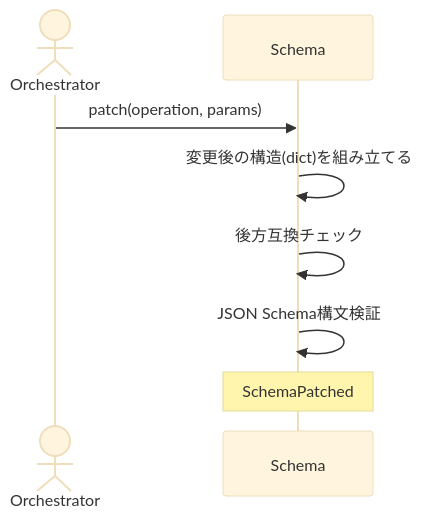
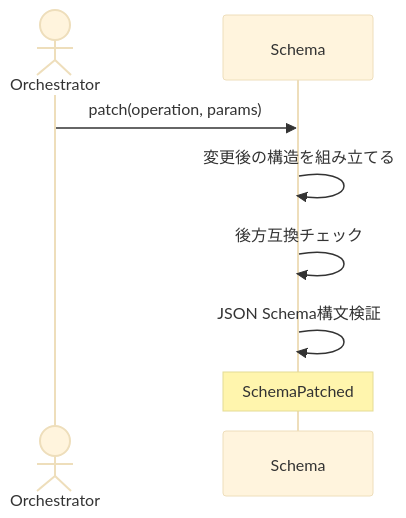
The diagram in .waffle/specs/bc-waffle/subdomain/sd-schema-management/usecase/uc-patch-schema.md (daidaiiro-519/waffle), drawn with Mermaid (base theme) before and after one commit. The commit also changed 35 other files, not shown here.

````diff
--- a/.waffle/specs/bc-waffle/subdomain/sd-schema-management/usecase/uc-patch-schema.md
+++ b/.waffle/specs/bc-waffle/subdomain/sd-schema-management/usecase/uc-patch-schema.md
@@ -79,9 +79,9 @@
 ```mermaid
 sequenceDiagram
     actor Orchestrator
     Orchestrator->>Schema: patch(operation, params)
-    Schema->>Schema: 変更後の構造(dict)を組み立てる
+    Schema->>Schema: 変更後の構造を組み立てる
     Schema->>Schema: 後方互換チェック
     Schema->>Schema: JSON Schema構文検証
     Note over Schema: SchemaPatched
 ```
````
